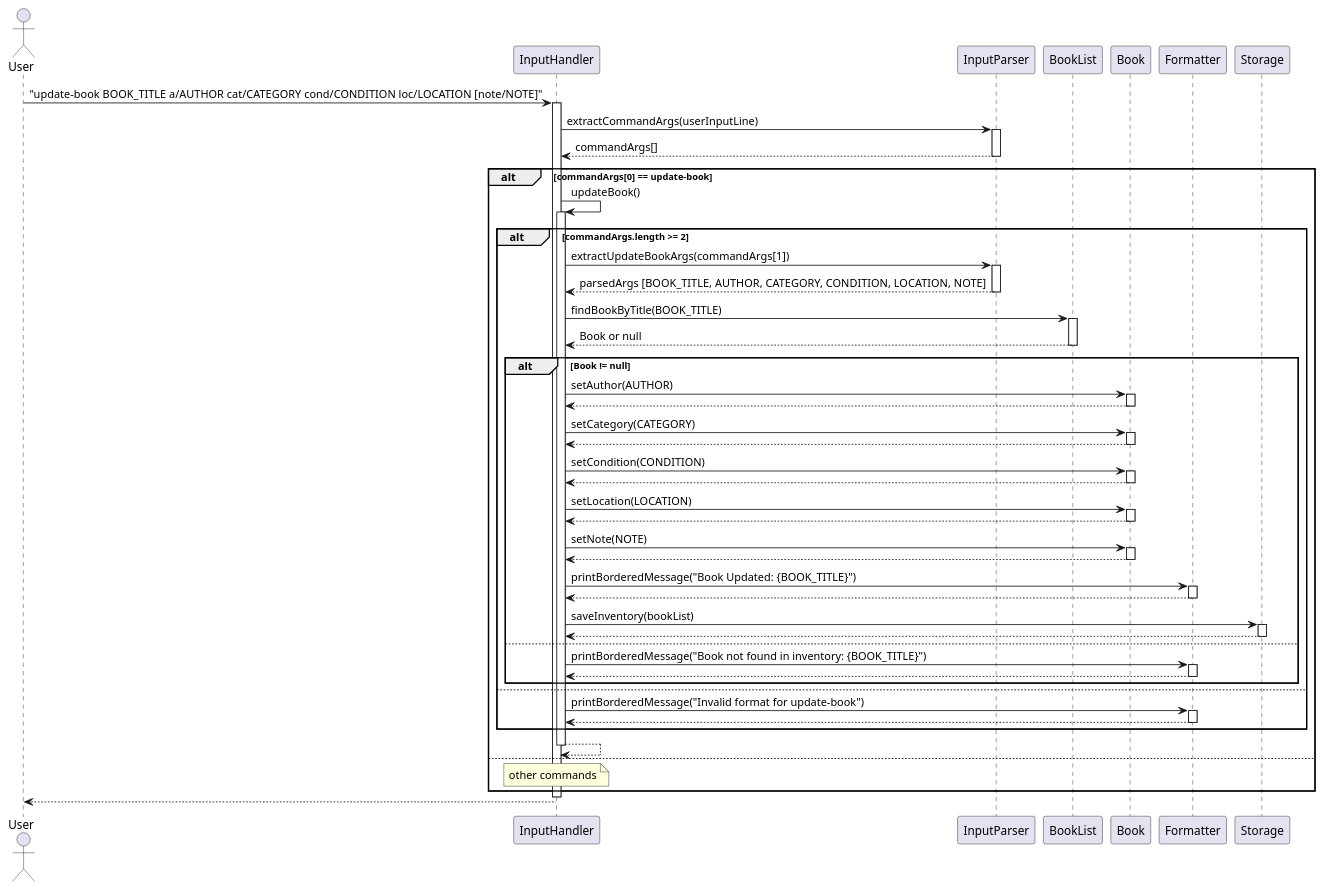
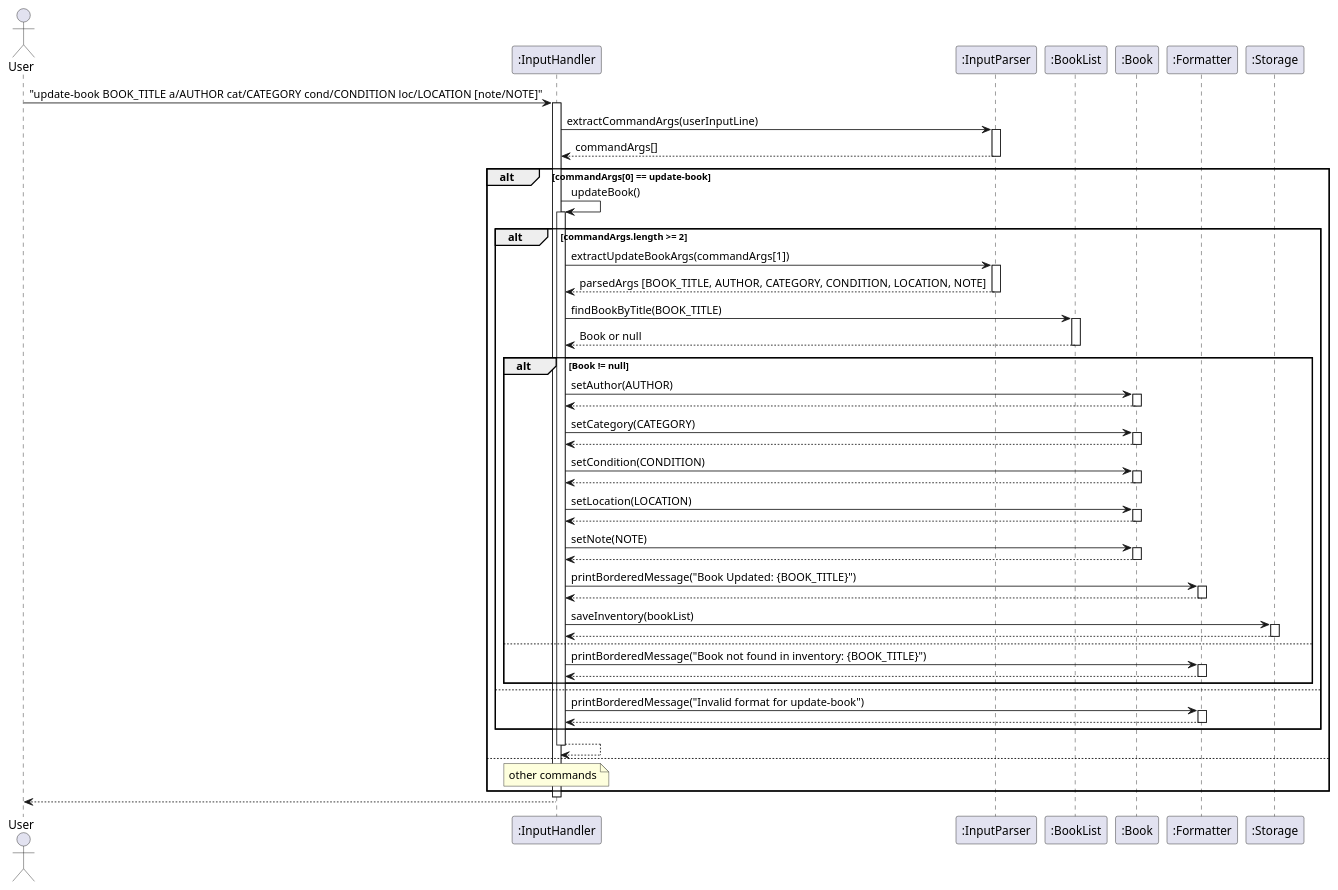
The diagram in docs/diagrams/updateBook.puml (AY2425S2-CS2113-T12-2/tp), drawn with PlantUML before and after one commit. The commit also changed 19 other files, not shown here.

```diff
--- a/docs/diagrams/updateBook.puml
+++ b/docs/diagrams/updateBook.puml
@@ -1,96 +1,96 @@
 @startuml
 actor User
-participant InputHandler
-participant InputParser
-participant BookList
-participant Book
-participant Formatter
-participant Storage
+participant InputHandler as ":InputHandler"
+participant InputParser as ":InputParser"
+participant BookList as ":BookList"
+participant Book as ":Book"
+participant Formatter as ":Formatter"
+participant Storage as ":Storage"
 
 User -> InputHandler: "update-book BOOK_TITLE a/AUTHOR cat/CATEGORY cond/CONDITION loc/LOCATION [note/NOTE]"
 activate InputHandler
 
 InputHandler -> InputParser: extractCommandArgs(userInputLine)
 activate InputParser
 
 InputParser --> InputHandler: commandArgs[]
 deactivate InputParser
 
 alt commandArgs[0] == update-book
     InputHandler -> InputHandler : updateBook()
     activate InputHandler
 
 alt commandArgs.length >= 2
     InputHandler -> InputParser: extractUpdateBookArgs(commandArgs[1])
     activate InputParser
 
     InputParser --> InputHandler: parsedArgs [BOOK_TITLE, AUTHOR, CATEGORY, CONDITION, LOCATION, NOTE]
     deactivate InputParser
 
     InputHandler -> BookList: findBookByTitle(BOOK_TITLE)
     activate BookList
 
     BookList --> InputHandler: Book or null
     deactivate BookList
 
     alt Book != null
         InputHandler -> Book : setAuthor(AUTHOR)
         activate Book
         Book --> InputHandler
         deactivate Book
 
         InputHandler -> Book : setCategory(CATEGORY)
         activate Book
         Book --> InputHandler
         deactivate Book
         InputHandler -> Book : setCondition(CONDITION)
         activate Book
         Book --> InputHandler
         deactivate Book
         InputHandler -> Book : setLocation(LOCATION)
         activate Book
         Book --> InputHandler
         deactivate Book
         InputHandler -> Book : setNote(NOTE)
         activate Book
         Book --> InputHandler
         deactivate Book
         
 
         InputHandler -> Formatter: printBorderedMessage("Book Updated: {BOOK_TITLE}")
         activate Formatter
 
         Formatter --> InputHandler
         deactivate Formatter
 
         InputHandler -> Storage: saveInventory(bookList)
         activate Storage
 
         Storage --> InputHandler
         deactivate Storage
 
 
     else
         InputHandler -> Formatter: printBorderedMessage("Book not found in inventory: {BOOK_TITLE}")
         activate Formatter
         Formatter --> InputHandler
         deactivate Formatter
     end
 
     else
         InputHandler -> Formatter: printBorderedMessage("Invalid format for update-book")
         activate Formatter
         Formatter --> InputHandler
         deactivate Formatter
     end
 
 InputHandler --> InputHandler
 deactivate InputHandler
 
 else
     note over InputHandler : other commands
 end
 
 deactivate InputHandler
 InputHandler --> User
 @enduml
```
